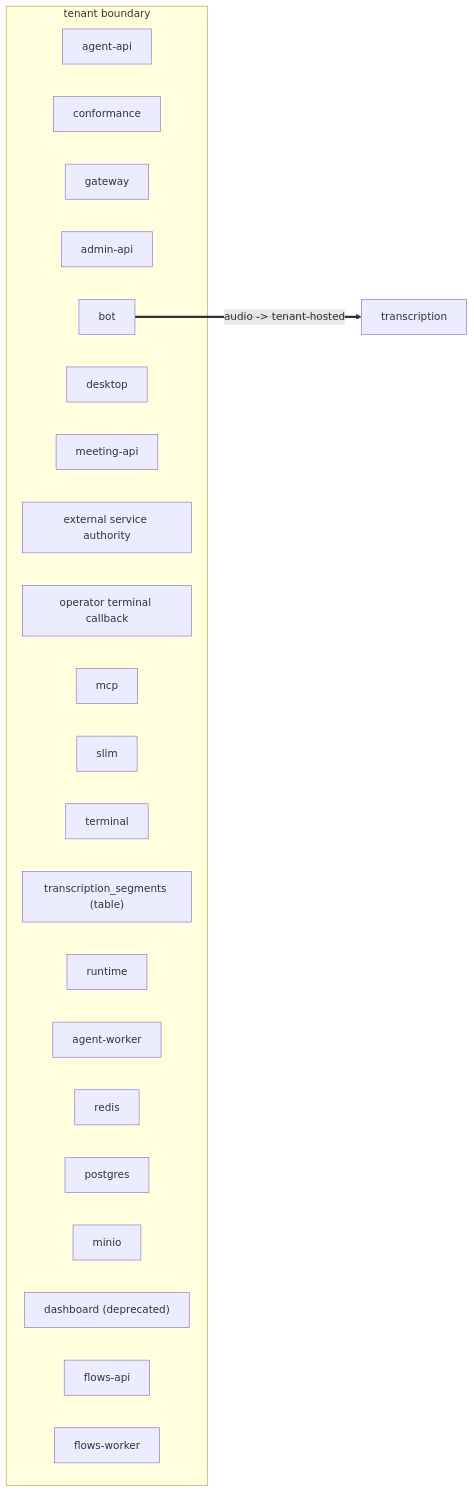
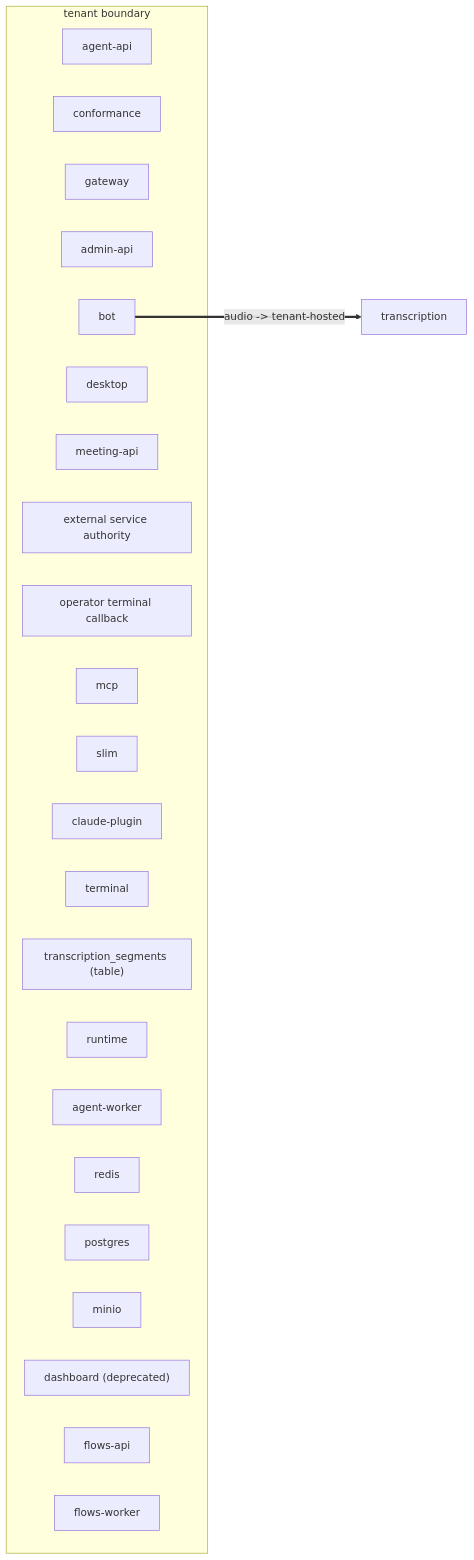
One commit to Vexa-ai/vexa-core changed the diagram in docs/views/egress.mmd. Above: the diagram before and after it, drawn with Mermaid. The commit also changed 10 other files, not shown here.

First line of the commit message:
distribution: Claude Code plugin, MCP registry server.json, glama.json (#1638)

```diff
--- a/docs/views/egress.mmd
+++ b/docs/views/egress.mmd
@@ -1,27 +1,28 @@
 %% GENERATED — pnpm arch:dsl --write
 flowchart LR
   subgraph tenant["tenant boundary"]
     agent_api["agent-api"]
     conformance["conformance"]
     gateway["gateway"]
     admin_api["admin-api"]
     bot["bot"]
     desktop["desktop"]
     meeting_api["meeting-api"]
     service_authority["external service authority"]
     system_webhook["operator terminal callback"]
     mcp["mcp"]
     slim["slim"]
+    claude_plugin["claude-plugin"]
     terminal["terminal"]
     segments_table["transcription_segments (table)"]
     runtime["runtime"]
     agent_worker["agent-worker"]
     redis["redis"]
     postgres["postgres"]
     minio["minio"]
     dashboard["dashboard (deprecated)"]
     flows_api["flows-api"]
     flows_worker["flows-worker"]
   end
   transcription["transcription"]
   bot ==>|"audio -> tenant-hosted"| transcription
```
